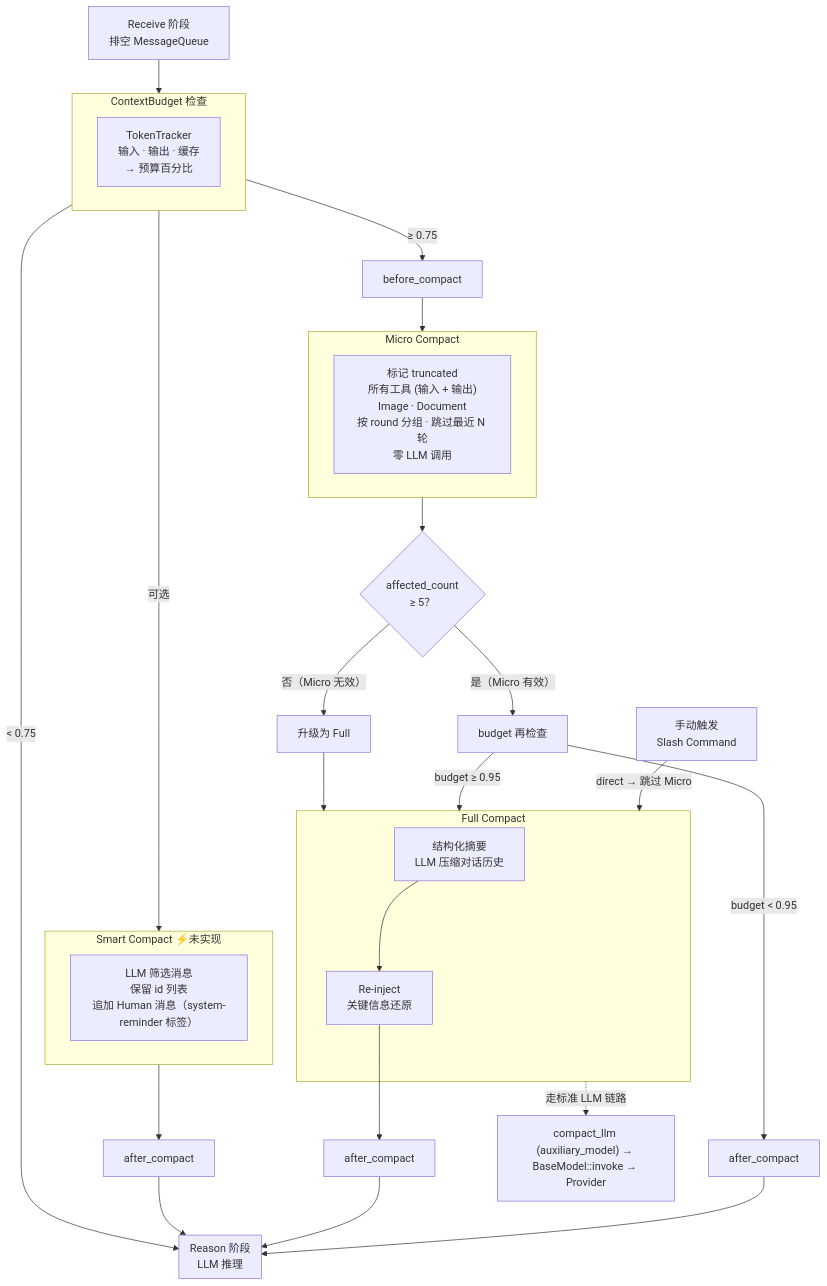
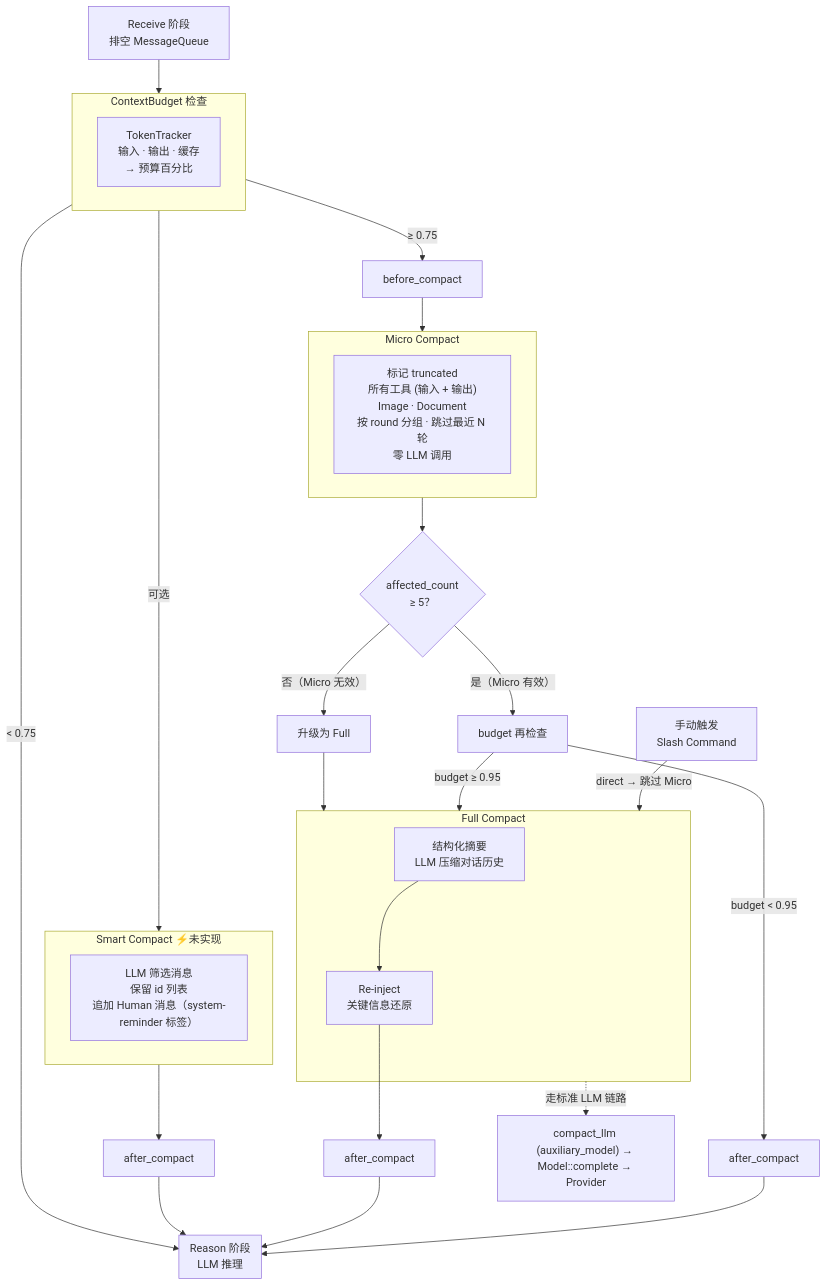
The diagram in docs/design/peri-agent-compact-v2.md (KonghaYao/peri), drawn with Mermaid before and after one commit. The commit also changed other lines of this file and 297 other files, not shown here.

````diff
--- a/docs/design/peri-agent-compact-v2.md
+++ b/docs/design/peri-agent-compact-v2.md
@@ -19,54 +19,54 @@
 ```mermaid
 graph TB
     RECEIVE["Receive 阶段<br/>排空 MessageQueue"]
     RECEIVE --> BUDGET
 
     subgraph BUDGET["ContextBudget 检查"]
         TRACKER["TokenTracker<br/>输入 · 输出 · 缓存<br/>→ 预算百分比"]
     end
 
     BUDGET -->|"< 0.75"| REASON
     BUDGET -->|"≥ 0.75"| HOOK_BEFORE1["before_compact"]
 
     MANUAL["手动触发<br/>Slash Command"] -->|"direct → 跳过 Micro"| FULL
 
     HOOK_BEFORE1 --> MICRO
 
     subgraph MICRO["Micro Compact"]
         TRUNC["标记 truncated<br/>所有工具 (输入 + 输出)<br/>Image · Document<br/>按 round 分组 · 跳过最近 N 轮<br/>零 LLM 调用"]
     end
 
     MICRO --> CHECK{"affected_count<br/>≥ 5？"}
 
     CHECK -->|"是（Micro 有效）"| POST_MICRO["budget 再检查"]
     CHECK -->|"否（Micro 无效）"| UPGRADE["升级为 Full"]
 
     POST_MICRO -->|"budget ≥ 0.95"| FULL
     POST_MICRO -->|"budget < 0.95"| HOOK_AFTER1["after_compact"]
 
     UPGRADE --> FULL
 
     subgraph FULL["Full Compact"]
         SUMMARY["结构化摘要<br/>LLM 压缩对话历史"]
         REINJECT["Re-inject<br/>关键信息还原"]
         SUMMARY --> REINJECT
     end
 
     subgraph SMART["Smart Compact  ⚡未实现"]
         SELECT["LLM 筛选消息<br/>保留 id 列表<br/>追加 Human 消息（system-reminder 标签）"]
     end
 
     BUDGET -->|"可选"| SMART
 
     HOOK_AFTER1 --> REASON
     HOOK_AFTER3 --> REASON
     HOOK_AFTER4 --> REASON
 
     REINJECT --> HOOK_AFTER3["after_compact"]
     SMART --> HOOK_AFTER4["after_compact"]
 
     subgraph REASON["Reason 阶段<br/>LLM 推理"]
     end
 
-    FULL -..->|"走标准 LLM 链路"| LLM_PATH["compact_llm (auxiliary_model) → BaseModel::invoke → Provider"]
+    FULL -..->|"走标准 LLM 链路"| LLM_PATH["compact_llm (auxiliary_model) → Model::complete → Provider"]
 ```
````
